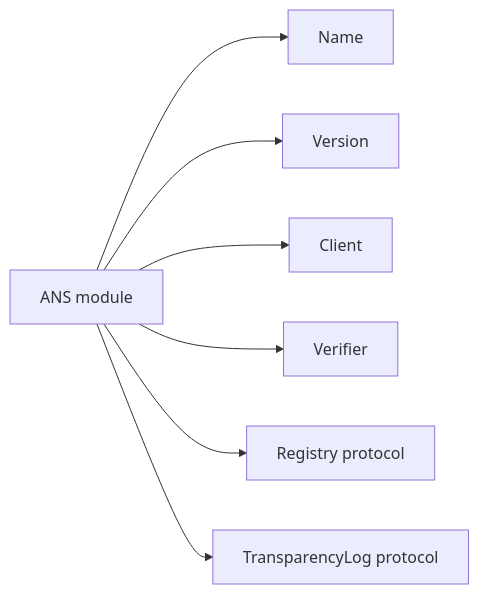
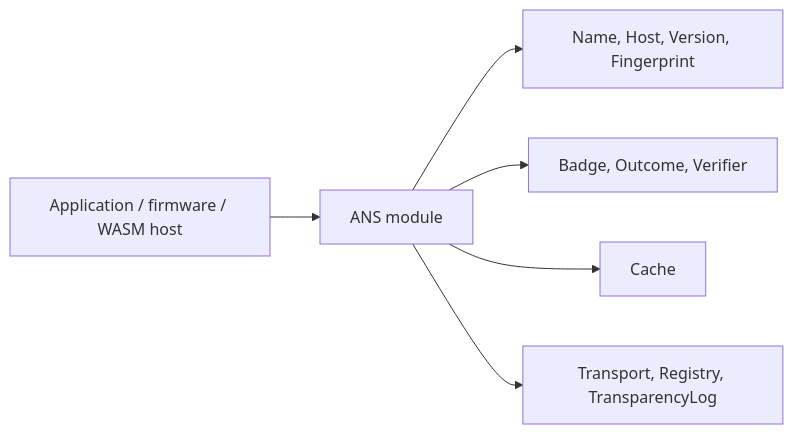
Before and after one commit to 1amageek/ans-sdk-swift: the first of 4 diagrams in SPEC.md, drawn with Mermaid. The commit also changed other lines of this file and 191 other files, not shown here.

````diff
--- a/SPEC.md
+++ b/SPEC.md
@@ -22,9 +17,8 @@
 ```mermaid
 flowchart LR
-  Module["ANS module"] --> Name["Name"]
-  Module --> Version["Version"]
-  Module --> Client["Client"]
-  Module --> Verifier["Verifier"]
-  Module --> Registry["Registry protocol"]
-  Module --> Log["TransparencyLog protocol"]
+  App["Application / firmware / WASM host"] --> ANS["ANS module"]
+  ANS --> Values["Name, Host, Version, Fingerprint"]
+  ANS --> Evidence["Badge, Outcome, Verifier"]
+  ANS --> Cache["Cache"]
+  ANS --> Protocols["Transport, Registry, TransparencyLog"]
 ```
````
